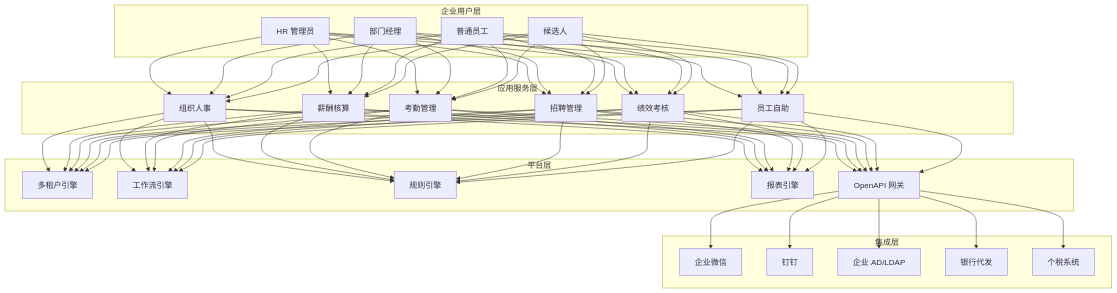
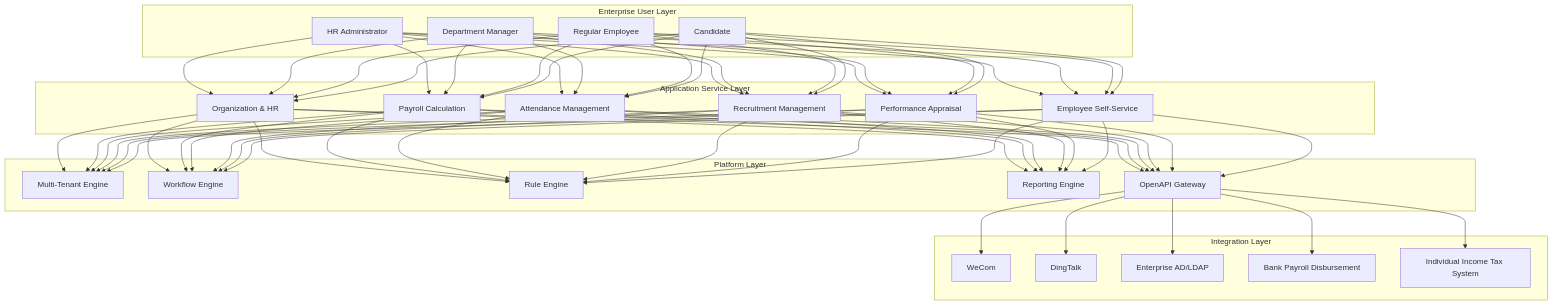
Before and after one commit to teaglebuilt/knowledge-tree: the first of 5 diagrams in tree/application/architecture/hrtech-saas.md, drawn with Mermaid. The commit also changed other lines of this file and 4 other files, not shown here.

````diff
--- a/tree/application/architecture/hrtech-saas.md
+++ b/tree/application/architecture/hrtech-saas.md
@@ -155,38 +158,38 @@
 ```mermaid
 graph TB
-    subgraph 企业用户层
-        U1[HR 管理员]
-        U2[部门经理]
-        U3[普通员工]
-        U4[候选人]
+    subgraph Enterprise User Layer
+        U1[HR Administrator]
+        U2[Department Manager]
+        U3[Regular Employee]
+        U4[Candidate]
     end
 
-    subgraph 应用服务层
-        A1[组织人事]
-        A2[薪酬核算]
-        A3[考勤管理]
-        A4[招聘管理]
-        A5[绩效考核]
-        A6[员工自助]
+    subgraph Application Service Layer
+        A1[Organization & HR]
+        A2[Payroll Calculation]
+        A3[Attendance Management]
+        A4[Recruitment Management]
+        A5[Performance Appraisal]
+        A6[Employee Self-Service]
     end
 
-    subgraph 平台层
-        P1[多租户引擎]
-        P2[工作流引擎]
-        P3[规则引擎]
-        P4[报表引擎]
-        P5[OpenAPI 网关]
+    subgraph Platform Layer
+        P1[Multi-Tenant Engine]
+        P2[Workflow Engine]
+        P3[Rule Engine]
+        P4[Reporting Engine]
+        P5[OpenAPI Gateway]
     end
 
-    subgraph 集成层
-        I1[企业微信]
-        I2[钉钉]
-        I3[企业 AD/LDAP]
-        I4[银行代发]
-        I5[个税系统]
+    subgraph Integration Layer
+        I1[WeCom]
+        I2[DingTalk]
+        I3[Enterprise AD/LDAP]
+        I4[Bank Payroll Disbursement]
+        I5[Individual Income Tax System]
     end
 
     U1 & U2 & U3 & U4 --> A1 & A2 & A3 & A4 & A5 & A6
     A1 & A2 & A3 & A4 & A5 & A6 --> P1 & P2 & P3 & P4 & P5
     P5 --> I1 & I2 & I3 & I4 & I5
 ```
````
